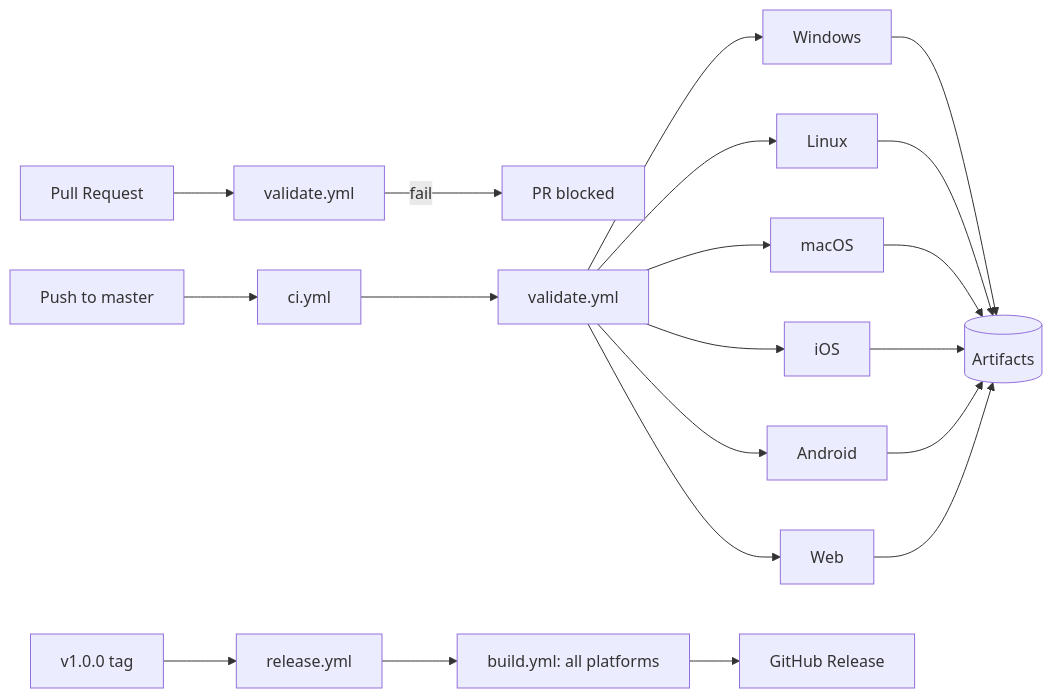
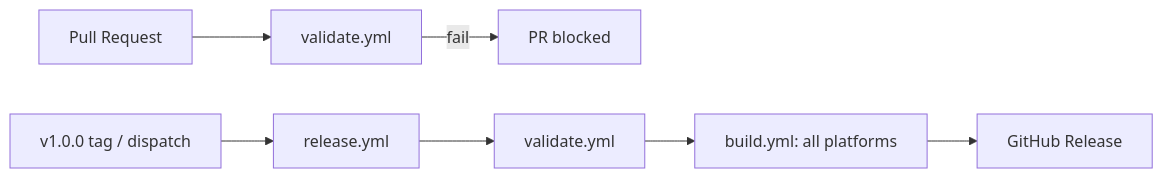
One commit to ssbhatia1/26_2_DineMaster changed the diagram in README.md. Above: the diagram before and after it, drawn with Mermaid. The commit also changed other lines of this file and 11 other files, not shown here.

````diff
--- a/README.md
+++ b/README.md
@@ -161,24 +158,10 @@
 ```mermaid
 flowchart LR
     PR[Pull Request] --> PRJ[validate.yml]
     PRJ --> |fail| FAIL[PR blocked]
 
-    Push[Push to master] --> CI[ci.yml]
-    CI --> V[validate.yml]
-    V --> B1[Windows]
-    V --> B2[Linux]
-    V --> B3[macOS]
-    V --> B4[iOS]
-    V --> B5[Android]
-    V --> B6[Web]
-    B1 --> A1[(Artifacts)]
-    B2 --> A1
-    B3 --> A1
-    B4 --> A1
-    B5 --> A1
-    B6 --> A1
-
-    Tag[v1.0.0 tag] --> R[release.yml]
-    R --> RB[build.yml: all platforms]
+    Tag[v1.0.0 tag / dispatch] --> R[release.yml]
+    R --> V[validate.yml]
+    V --> RB[build.yml: all platforms]
     RB --> GHR[GitHub Release]
 ```
````
